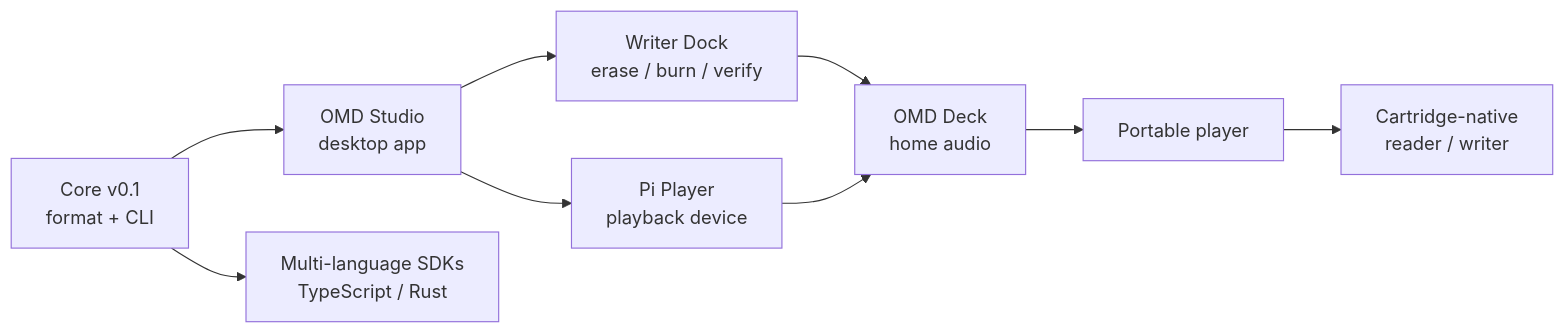
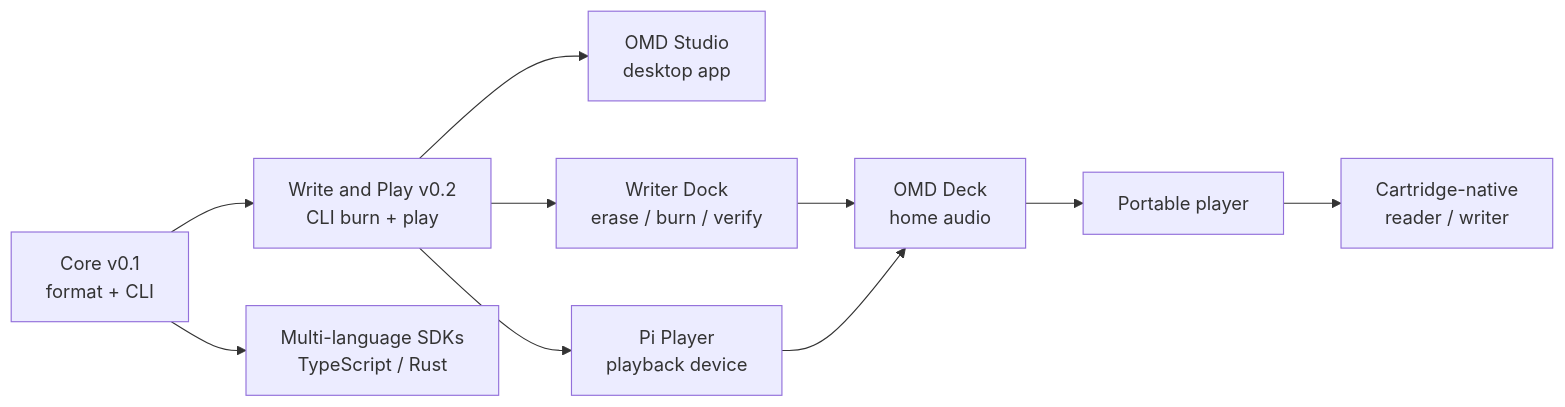
Before and after one commit to ashergarland/open-media-disc: the diagram in documentation/roadmap.md, drawn with Mermaid. The commit also changed other lines of this file and 2 other files, not shown here.

First line of the commit message:
docs: record v0.2 Write and Play milestone

````diff
--- a/documentation/roadmap.md
+++ b/documentation/roadmap.md
@@ -20,11 +24,12 @@
 ```mermaid
 flowchart LR
-    A[Core v0.1<br/>format + CLI] --> B[OMD Studio<br/>desktop app]
+    A[Core v0.1<br/>format + CLI] --> W[Write and Play v0.2<br/>CLI burn + play]
     A --> C[Multi-language SDKs<br/>TypeScript / Rust]
-    B --> D[Writer Dock<br/>erase / burn / verify]
-    B --> E[Pi Player<br/>playback device]
+    W --> B[OMD Studio<br/>desktop app]
+    W --> D[Writer Dock<br/>erase / burn / verify]
+    W --> E[Pi Player<br/>playback device]
     D --> F[OMD Deck<br/>home audio]
     E --> F
     F --> G[Portable player]
     G --> H[Cartridge-native<br/>reader / writer]
 ```
````
